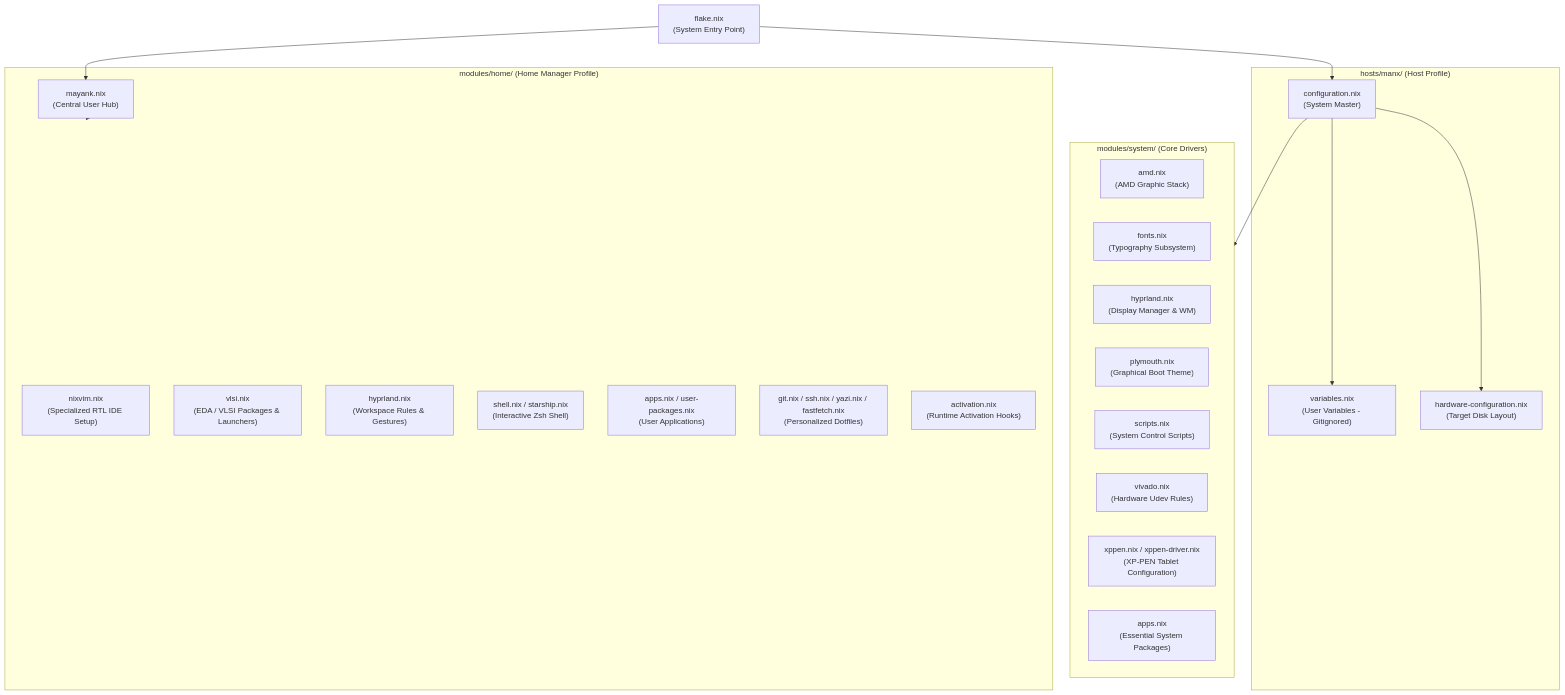
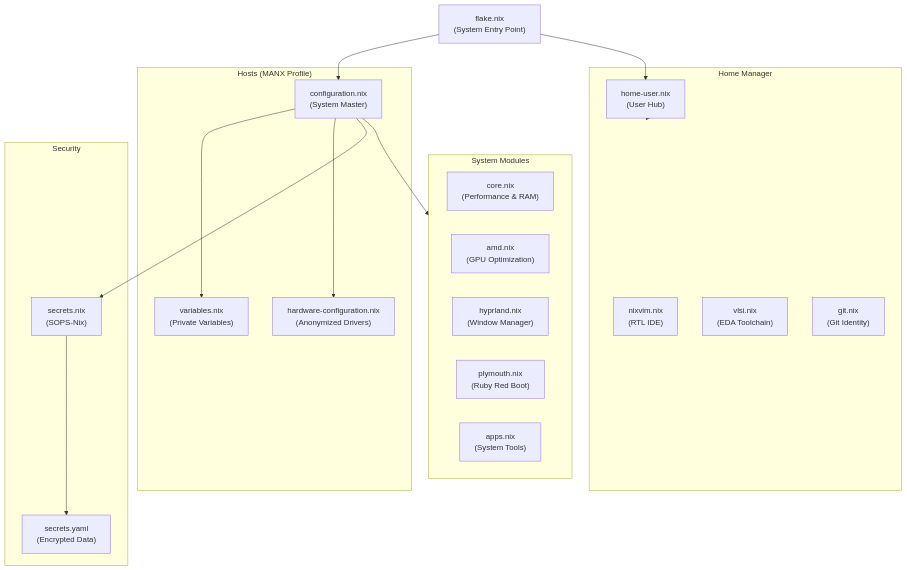
One commit to techanand8/nix-config changed the diagram in README.md. Above: the diagram before and after it, drawn with Mermaid. The commit also changed other lines of this file and 73 other files, not shown here.

````diff
--- a/README.md
+++ b/README.md
@@ -39,41 +58,46 @@
 ```mermaid
 graph TD
+    %% Entry Points
     Flake["flake.nix<br/>(System Entry Point)"]
-    
-    subgraph Hosts["hosts/manx/ (Host Profile)"]
+
+    %% Host Specifics
+    subgraph Hosts["Hosts (MANX Profile)"]
         HostConf["configuration.nix<br/>(System Master)"]
-        HostVar["variables.nix<br/>(User Variables - Gitignored)"]
-        HostHW["hardware-configuration.nix<br/>(Target Disk Layout)"]
-    end
-    
-    subgraph SystemModules["modules/system/ (Core Drivers)"]
-        SysAMD["amd.nix<br/>(AMD Graphic Stack)"]
-        SysFonts["fonts.nix<br/>(Typography Subsystem)"]
-        SysHypr["hyprland.nix<br/>(Display Manager & WM)"]
-        SysPlymouth["plymouth.nix<br/>(Graphical Boot Theme)"]
-        SysScripts["scripts.nix<br/>(System Control Scripts)"]
-        SysVivado["vivado.nix<br/>(Hardware Udev Rules)"]
-        SysXPPen["xppen.nix / xppen-driver.nix<br/>(XP-PEN Tablet Configuration)"]
-        SysApps["apps.nix<br/>(Essential System Packages)"]
-    end
-    
-    subgraph HomeModules["modules/home/ (Home Manager Profile)"]
-        HomeHub["mayank.nix<br/>(Central User Hub)"]
-        HomeNixvim["nixvim.nix<br/>(Specialized RTL IDE Setup)"]
-        HomeVLSI["vlsi.nix<br/>(EDA / VLSI Packages & Launchers)"]
-        HomeHypr["hyprland.nix<br/>(Workspace Rules & Gestures)"]
-        HomeShell["shell.nix / starship.nix<br/>(Interactive Zsh Shell)"]
-        HomeApps["apps.nix / user-packages.nix<br/>(User Applications)"]
-        HomeMisc["git.nix / ssh.nix / yazi.nix / fastfetch.nix<br/>(Personalized Dotfiles)"]
-        HomeHooks["activation.nix<br/>(Runtime Activation Hooks)"]
+        HostVar["variables.nix<br/>(Private Variables)"]
+        HostHW["hardware-configuration.nix<br/>(Anonymized Drivers)"]
     end
 
+    %% System Modules
+    subgraph SystemModules["System Modules"]
+        SysCore["core.nix<br/>(Performance & RAM)"]
+        SysAMD["amd.nix<br/>(GPU Optimization)"]
+        SysHypr["hyprland.nix<br/>(Window Manager)"]
+        SysBoot["plymouth.nix<br/>(Ruby Red Boot)"]
+        SysApps["apps.nix<br/>(System Tools)"]
+    end
+
+    %% Home Manager
+    subgraph HomeModules["Home Manager"]
+        HomeHub["home-user.nix<br/>(User Hub)"]
+        HomeNixvim["nixvim.nix<br/>(RTL IDE)"]
+        HomeVLSI["vlsi.nix<br/>(EDA Toolchain)"]
+        HomeGit["git.nix<br/>(Git Identity)"]
+    end
+
+    %% Secret Management
+    subgraph Security["Security"]
+        Sops["secrets.nix<br/>(SOPS-Nix)"]
+        Secrets["secrets.yaml<br/>(Encrypted Data)"]
+    end
+
+    %% Flow Logic
     Flake --> HostConf
     HostConf --> HostVar
     HostConf --> HostHW
-    
     HostConf --> SystemModules
+    HostConf --> Sops
+    Sops --> Secrets
     
     Flake --> HomeHub
     HomeHub --> HomeModules
 ```
````
